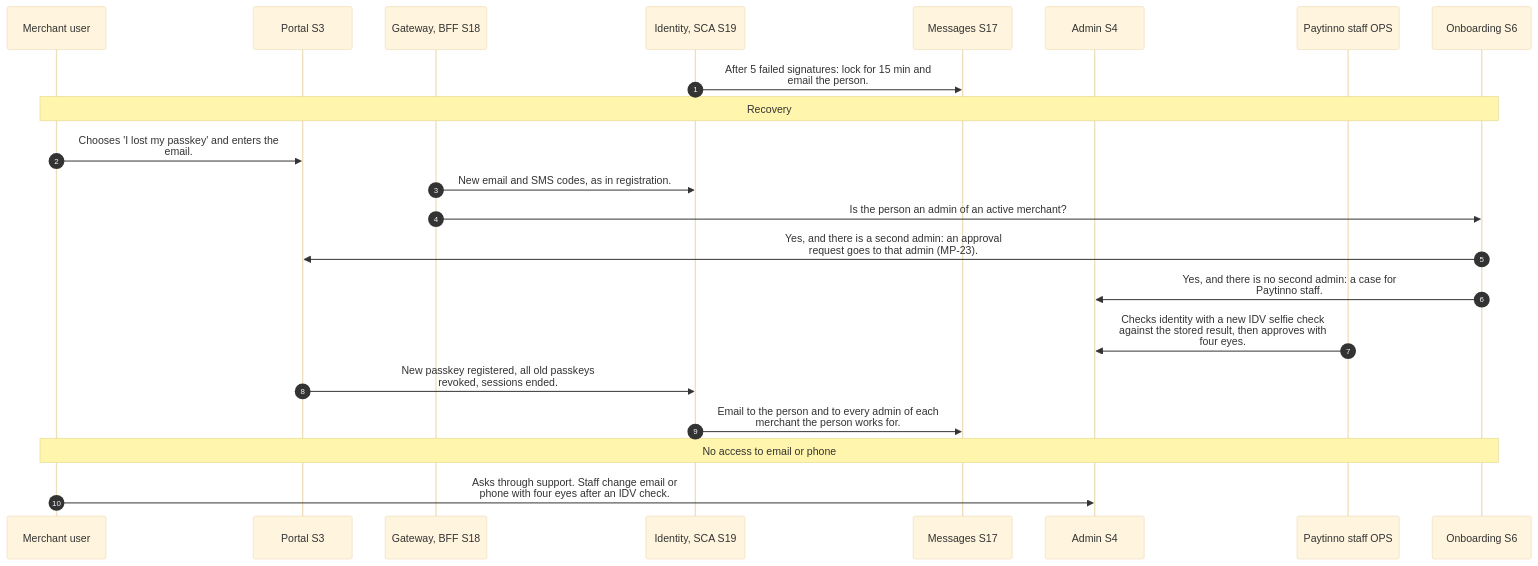
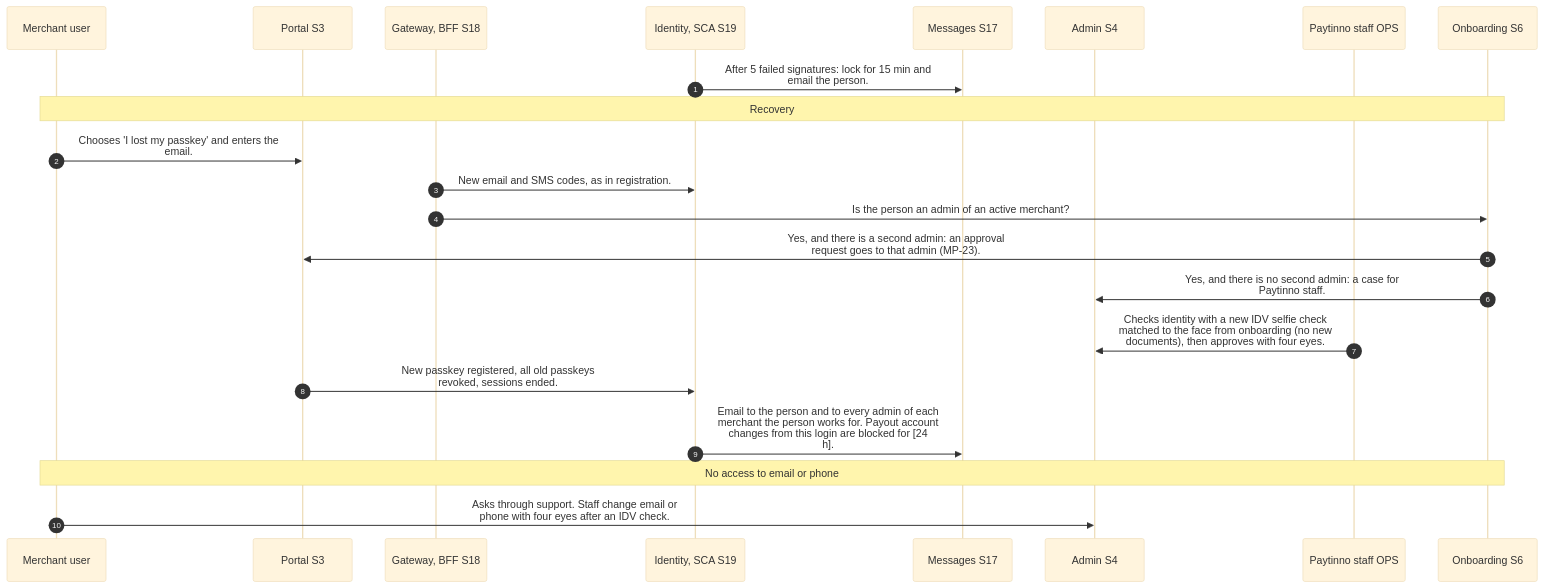
Before and after one commit to paytinno/merchant-portal-workflows: the first of 2 diagrams in docs/workflows/MP-04-lockout-and-lost-passkey.md, drawn with Mermaid (base theme). The commit also changed other lines of this file and 36 other files, not shown here.

````diff
--- a/docs/workflows/MP-04-lockout-and-lost-passkey.md
+++ b/docs/workflows/MP-04-lockout-and-lost-passkey.md
@@ -21,24 +21,24 @@
 ```mermaid
 sequenceDiagram
   autonumber
   participant MER as Merchant user
   participant S3 as Portal S3
   participant S18 as Gateway, BFF S18
   participant S19 as Identity, SCA S19
   participant S17 as Messages S17
   participant S4 as Admin S4
   participant OPS as Paytinno staff OPS
   participant S6 as Onboarding S6
   S19->>S17: After 5 failed signatures: lock for 15 min and<br/>email the person.
   Note over MER,S6: Recovery
   MER->>S3: Chooses 'I lost my passkey' and enters the<br/>email.
   S18->>S19: New email and SMS codes, as in registration.
   S18->>S6: Is the person an admin of an active merchant?
   S6->>S3: Yes, and there is a second admin: an approval<br/>request goes to that admin (MP-23).
   S6->>S4: Yes, and there is no second admin: a case for<br/>Paytinno staff.
-  OPS->>S4: Checks identity with a new IDV selfie check<br/>against the stored result, then approves with<br/>four eyes.
+  OPS->>S4: Checks identity with a new IDV selfie check<br/>matched to the face from onboarding (no new<br/>documents), then approves with four eyes.
   S3->>S19: New passkey registered, all old passkeys<br/>revoked, sessions ended.
-  S19->>S17: Email to the person and to every admin of each<br/>merchant the person works for.
+  S19->>S17: Email to the person and to every admin of each<br/>merchant the person works for. Payout account<br/>changes from this login are blocked for [24<br/>h].
   Note over MER,S6: No access to email or phone
   MER->>S4: Asks through support. Staff change email or<br/>phone with four eyes after an IDV check.
 ```
````
